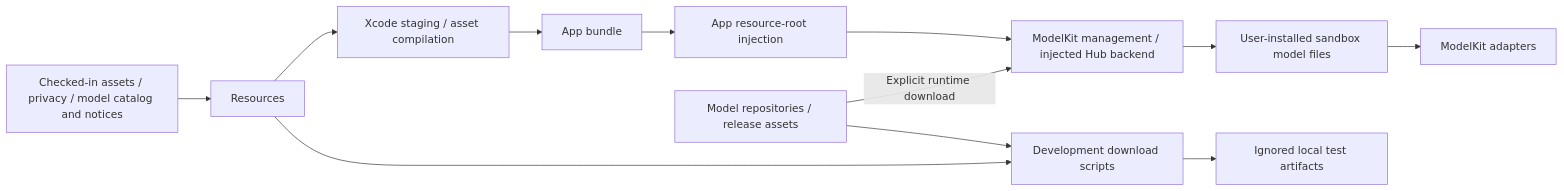
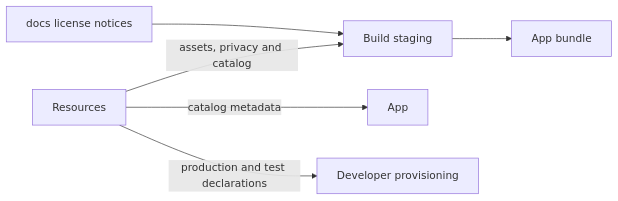
One commit to devilyouwei/MobileHarness changed the first of 2 diagrams in MobileHarness/Resources/README.md. Above: the diagram before and after it, drawn with Mermaid. The commit also changed other lines of this file and 116 other files, not shown here.

````diff
--- a/MobileHarness/Resources/README.md
+++ b/MobileHarness/Resources/README.md
@@ -11,14 +15,8 @@
 ```mermaid
 flowchart LR
-    Source[Checked-in assets / privacy / model catalog and notices] --> Resources
-    Resources --> Build[Xcode staging / asset compilation]
-    Build --> Bundle[App bundle]
-    Bundle --> App[App resource-root injection]
-    App --> Management[ModelKit management / injected Hub backend]
-    Repositories[Model repositories / release assets] -->|Explicit runtime download| Management
-    Management --> Sandbox[User-installed sandbox model files]
-    Sandbox --> Adapters[ModelKit adapters]
-    Resources --> Scripts[Development download scripts]
-    Repositories --> Scripts
-    Scripts --> Local[Ignored local test artifacts]
+ Resources -->|assets, privacy and catalog| Build[Build staging]
+ Build --> Bundle[App bundle]
+ Resources -->|catalog metadata| App
+ Resources -->|production and test declarations| Scripts[Developer provisioning]
+ Notices[docs license notices] --> Build
 ```
````
